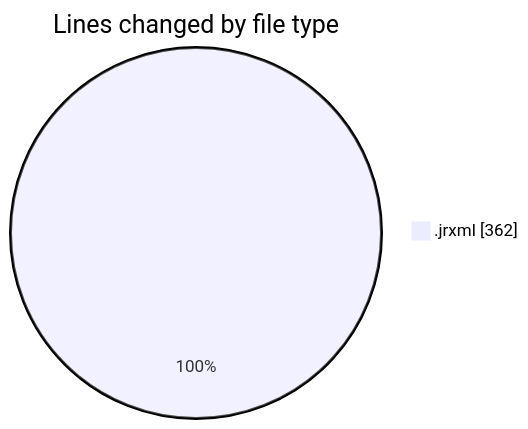
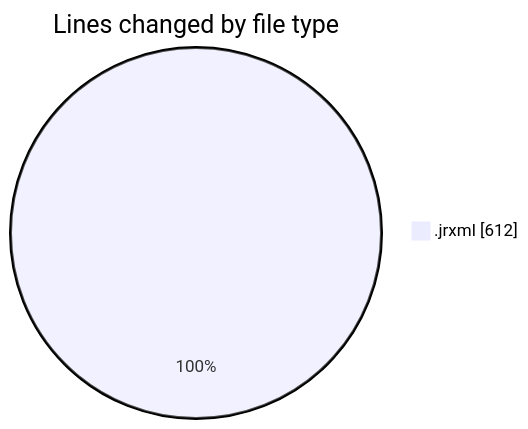
Before and after one commit to ricardozamudiocil/code-tracking: the first of 2 diagrams in 2026-10-27/cilreports__workspace_/README.md, drawn with Mermaid. The commit also changed other lines of this file and 1 other file, not shown here.

````diff
--- a/2026-10-27/cilreports__workspace_/README.md
+++ b/2026-10-27/cilreports__workspace_/README.md
@@ -20,5 +21,5 @@
 ```mermaid
 pie showData
 title Lines changed by file type
-".jrxml" : 362
+".jrxml" : 612
 ```
````
